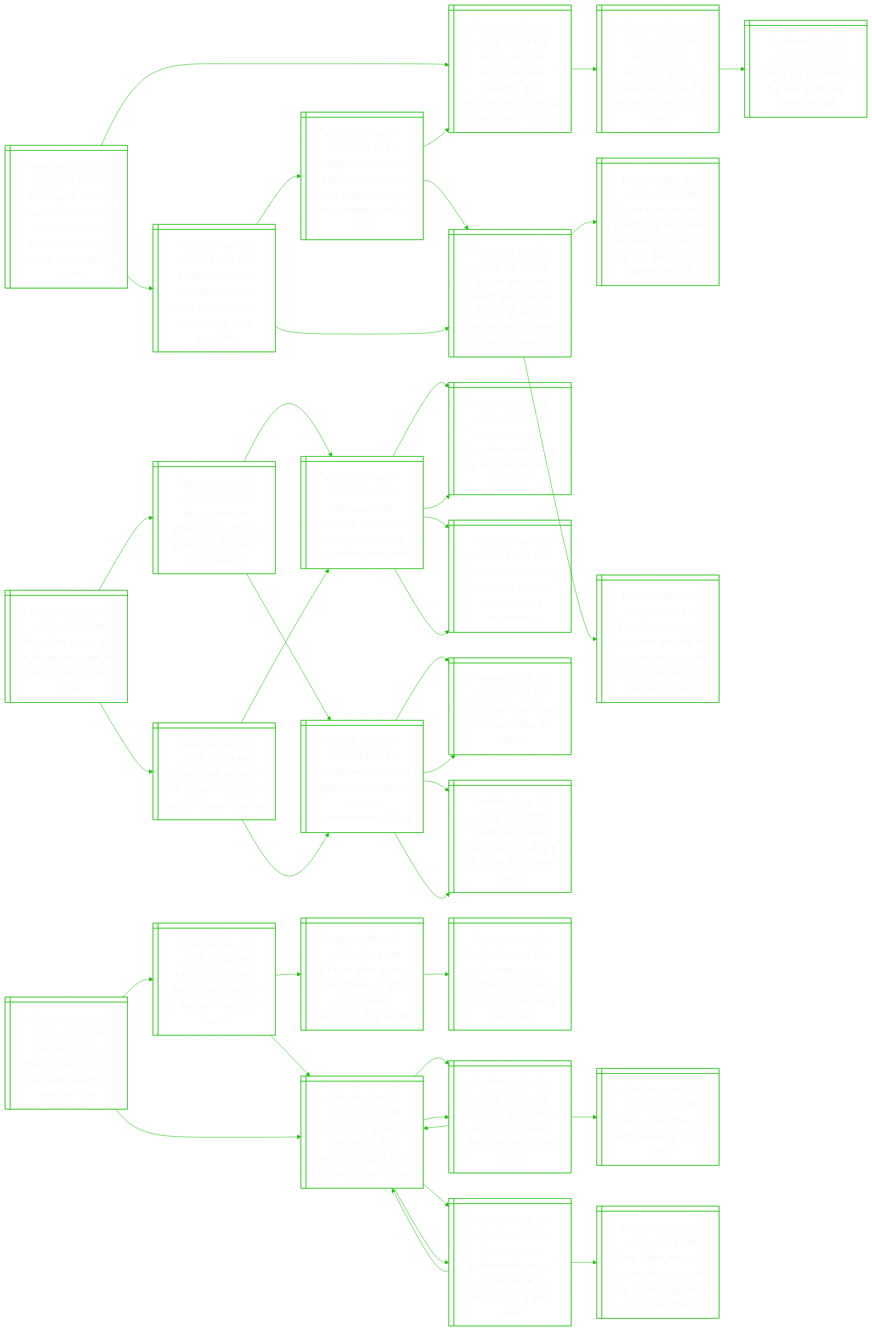
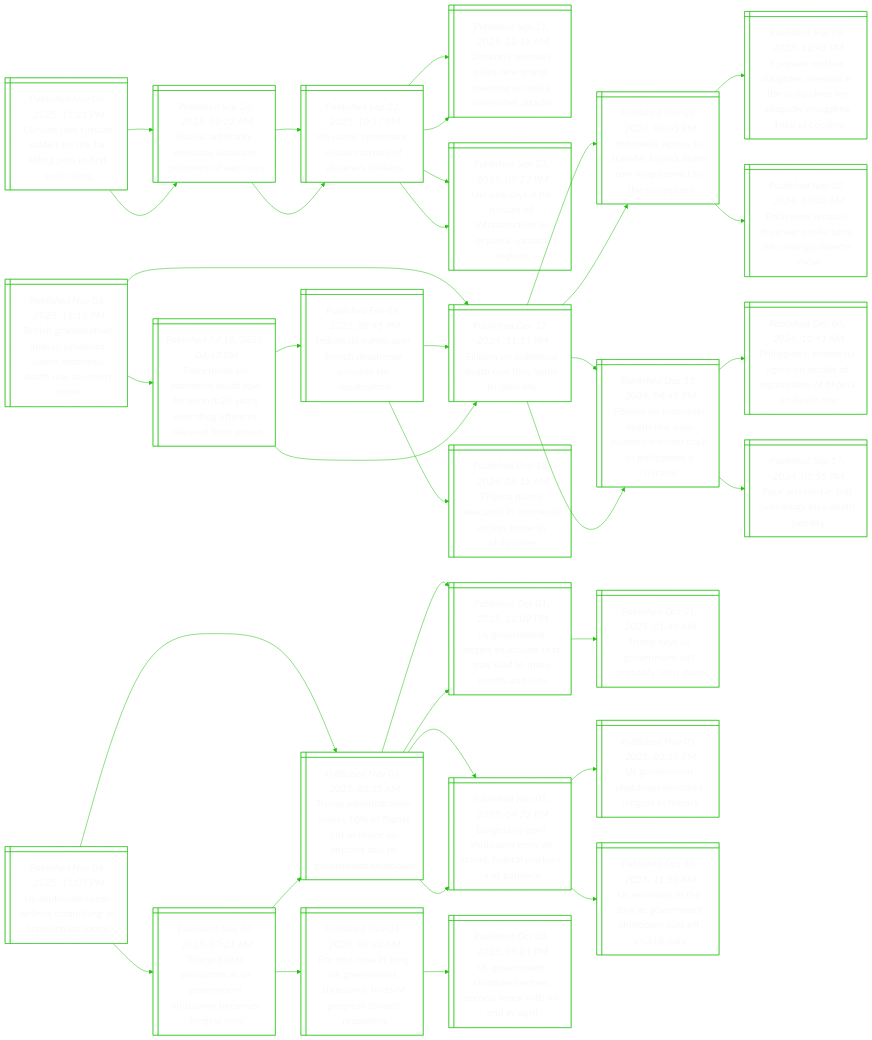
Before and after one commit to notJmes/notJmes: the diagram in README.md, drawn with Mermaid. The commit also changed other lines of this file, not shown here.

````diff
--- a/README.md
+++ b/README.md
@@ -16,127 +16,118 @@
 flowchart LR
 classDef txtsize font-size:20px;
 
-Reasnaameeeeeltli@{ shape: win-pane, label: "_Published Nov 06, 2025, 07:30 PM_
-Real negotiations, reconciliation and commitment are needed to resolve middle east conflict: vivian" }
-Tdrcaaededlncbs@{ shape: win-pane, label: "_Published Oct 14, 2025, 07:45 PM_
-Trump declares victory as gaza ceasefire deal reached, but a lasting peace may be elusive" }
-PflcoMeNelale@{ shape: win-pane, label: "_Published Oct 14, 2025, 12:05 AM_
-Peace finally descends on the middle east: now the battle to make it last begins" }
-TjIlmnest@{ shape: win-pane, label: "_Published Oct 13, 2025, 03:10 PM_
-Tears, joy in israel as hamas hands over first hostages" }
-Spnssaotgrpoaig@{ shape: win-pane, label: "_Published Nov 05, 2025, 06:00 PM_
-Singapore invites palestinian pm to visit, pledges more support for gaza rebuilding" }
-Sposrogeutnn@{ shape: win-pane, label: "_Published Nov 04, 2025, 10:44 PM_
-Singapore donates $652,000 to world food programme for humanitarian aid in gaza" }
-Tdrcaaededlncbs@{ shape: win-pane, label: "_Published Oct 14, 2025, 07:45 PM_
-Trump declares victory as gaza ceasefire deal reached, but a lasting peace may be elusive" }
-SRonetoflnveuuot@{ shape: win-pane, label: "_Published Sep 21, 2025, 08:00 PM_
-S’pore red cross hands over further $1.2m of aid for palestinian evacuees; to fund education unit" }
-SRonetoflnveuuot@{ shape: win-pane, label: "_Published Sep 21, 2025, 08:00 PM_
-S’pore red cross hands over further $1.2m of aid for palestinian evacuees; to fund education unit" }
-Stegsacidrrdrltpps@{ shape: win-pane, label: "_Published Sep 20, 2025, 07:50 PM_
-S’pore team helping palestinian evacuees includes first foreign doctors deployed to egypt hospitals" }
-mosSpatpRetdsaiia@{ shape: win-pane, label: "_Published Sep 02, 2025, 05:25 PM_
-$1 million raised in singapore handed to egyptian red crescent to aid palestinian families in gaza" }
+UnlsoririWrci@{ shape: win-pane, label: "_Published Nov 06, 2025, 11:21 PM_
+Ukraine jails russian soldier for life for killing pow in first such ruling" }
+RatlcUnrewC@{ shape: win-pane, label: "_Published Sep 26, 2025, 01:22 AM_
+Russia ‘arbitrarily’ executes ukrainian prisoners of war: osce" }
+Umtisoersl@{ shape: win-pane, label: "_Published Sep 23, 2025, 10:17 PM_
+Un slams ‘systematic’ russian torture of ukraine’s civilians" }
+Unlysregsniak@{ shape: win-pane, label: "_Published Sep 21, 2025, 12:18 AM_
+Ukraine’s zelensky plans new trump meeting as russia intensifies attacks" }
+Unstilaciaarn@{ shape: win-pane, label: "_Published Sep 23, 2025, 09:27 PM_
+Ukraine says it hit russian oil infrastructure in bryansk, samara regions" }
+RatlcUnrewC@{ shape: win-pane, label: "_Published Sep 26, 2025, 01:22 AM_
+Russia ‘arbitrarily’ executes ukrainian prisoners of war: osce" }
+Umtisoersl@{ shape: win-pane, label: "_Published Sep 23, 2025, 10:17 PM_
+Un slams ‘systematic’ russian torture of ukraine’s civilians" }
+Unlysregsniak@{ shape: win-pane, label: "_Published Sep 21, 2025, 12:18 AM_
+Ukraine’s zelensky plans new trump meeting as russia intensifies attacks" }
+Unstilaciaarn@{ shape: win-pane, label: "_Published Sep 23, 2025, 09:27 PM_
+Ukraine says it hit russian oil infrastructure in bryansk, samara regions" }
 
-Reasnaameeeeeltli:::txtsize --> Tdrcaaededlncbs:::txtsize
-Tdrcaaededlncbs:::txtsize --> PflcoMeNelale:::txtsize
-PflcoMeNelale:::txtsize --> TjIlmnest:::txtsize
-Reasnaameeeeeltli:::txtsize --> Spnssaotgrpoaig:::txtsize
-Spnssaotgrpoaig:::txtsize --> Sposrogeutnn:::txtsize
-Sposrogeutnn:::txtsize --> Tdrcaaededlncbs:::txtsize
-Sposrogeutnn:::txtsize --> SRonetoflnveuuot:::txtsize
-Spnssaotgrpoaig:::txtsize --> SRonetoflnveuuot:::txtsize
-SRonetoflnveuuot:::txtsize --> Stegsacidrrdrltpps:::txtsize
-SRonetoflnveuuot:::txtsize --> mosSpatpRetdsaiia:::txtsize
+UnlsoririWrci:::txtsize --> RatlcUnrewC:::txtsize
+RatlcUnrewC:::txtsize --> Umtisoersl:::txtsize
+Umtisoersl:::txtsize --> Unlysregsniak:::txtsize
+Umtisoersl:::txtsize --> Unstilaciaarn:::txtsize
+UnlsoririWrci:::txtsize --> RatlcUnrewC:::txtsize
+RatlcUnrewC:::txtsize --> Umtisoersl:::txtsize
+Umtisoersl:::txtsize --> Unlysregsniak:::txtsize
+Umtisoersl:::txtsize --> Unstilaciaarn:::txtsize
 
-HlahemioneaIl@{ shape: win-pane, label: "_Published Nov 06, 2025, 07:20 PM_
-Hezbollah says it has a ‘legitimate right’ to defend itself against israel" }
-IlstfakielsLo@{ shape: win-pane, label: "_Published Nov 02, 2025, 04:30 PM_
-Israel warns of intensifying attacks against hezbollah in south lebanon" }
-TafnemsHleikl@{ shape: win-pane, label: "_Published Nov 27, 2024, 02:56 AM_
-Thousands of lebanese head home as israel-hezbollah ceasefire takes hold" }
-IlocfheUktid@{ shape: win-pane, label: "_Published Nov 27, 2024, 05:28 AM_
-Israel-hezbollah ceasefire: what does the us-brokered truce include?" }
-PeLoseeaeao@{ shape: win-pane, label: "_Published Nov 26, 2024, 07:13 PM_
-Prospect of lebanon ceasefire leaves gazans feeling abandoned" }
-Hlutaarhbmrig@{ shape: win-pane, label: "_Published Sep 27, 2025, 11:20 PM_
-Hezbollah supporters gather at nasrallah's tomb to commemorate killing" }
-Hlhiiator@{ shape: win-pane, label: "_Published Sep 28, 2024, 04:42 PM_
-Hezbollah chief killed in israeli strike on beirut" }
-Hlalhrtneces@{ shape: win-pane, label: "_Published Sep 18, 2024, 10:32 PM_
-Hezbollah says it launched first attack on israel since pager blasts" }
-Ilsndmoucfe@{ shape: win-pane, label: "_Published Nov 02, 2025, 04:31 PM_
-Israel urges lebanon to disarm hezbollah under ceasefire terms" }
-TafnemsHleikl@{ shape: win-pane, label: "_Published Nov 27, 2024, 02:56 AM_
-Thousands of lebanese head home as israel-hezbollah ceasefire takes hold" }
-IlocfheUktid@{ shape: win-pane, label: "_Published Nov 27, 2024, 05:28 AM_
-Israel-hezbollah ceasefire: what does the us-brokered truce include?" }
-PeLoseeaeao@{ shape: win-pane, label: "_Published Nov 26, 2024, 07:13 PM_
-Prospect of lebanon ceasefire leaves gazans feeling abandoned" }
-Hlutaarhbmrig@{ shape: win-pane, label: "_Published Sep 27, 2025, 11:20 PM_
-Hezbollah supporters gather at nasrallah's tomb to commemorate killing" }
-Hlhiiator@{ shape: win-pane, label: "_Published Sep 28, 2024, 04:42 PM_
-Hezbollah chief killed in israeli strike on beirut" }
-Hlalhrtneces@{ shape: win-pane, label: "_Published Sep 18, 2024, 10:32 PM_
-Hezbollah says it launched first attack on israel since pager blasts" }
+BsnhnSfeIeeoeh@{ shape: win-pane, label: "_Published Nov 06, 2025, 11:15 PM_
+British grandmother lindsay sandiford leaves indonesia death row to return home" }
+FiIeeoeew@{ shape: win-pane, label: "_Published Dec 17, 2024, 11:51 PM_
+Filipina on indonesia death row flies home to ‘new life’" }
+IegtnFiawcchln@{ shape: win-pane, label: "_Published Nov 20, 2024, 08:05 PM_
+Indonesia agrees to transfer filipina death row drug convict to the philippines" }
+Sahursnhpfllggcn@{ shape: win-pane, label: "_Published Sep 28, 2023, 12:42 PM_
+S’porean mother, daughter arrested in the philippines for allegedly smuggling 14kg of cocaine" }
+PpSegrundDtw@{ shape: win-pane, label: "_Published Nov 02, 2024, 10:00 AM_
+Philippine senate’s drug war probe turns into rodrigo duterte show" }
+FiIeeosnartlnie@{ shape: win-pane, label: "_Published Dec 13, 2024, 04:49 PM_
+Filipina on indonesia death row says planned transfer back to philippines a ‘miracle’" }
+PpsnaoaftiFidr@{ shape: win-pane, label: "_Published Dec 06, 2024, 10:41 AM_
+Philippines, indonesia agree on details of repatriation of filipina on death row" }
+Freaegehl@{ shape: win-pane, label: "_Published Sep 17, 2024, 05:55 PM_
+Four arrested in bali over drugs face death penalty" }
+Fhnndrrsrrocldpn@{ shape: win-pane, label: "_Published Jul 18, 2025, 06:47 PM_
+Frenchman on indonesia death row for almost 20 years over drug offences released from prison" }
+Ieaveeosfpa@{ shape: win-pane, label: "_Published Feb 04, 2025, 08:45 PM_
+Indonesia hands over french death row prisoner for repatriation" }
+FiIeeoeew@{ shape: win-pane, label: "_Published Dec 17, 2024, 11:51 PM_
+Filipina on indonesia death row flies home to ‘new life’" }
+Fiaxensrhnie@{ shape: win-pane, label: "_Published Dec 18, 2024, 08:15 AM_
+Filipina nearly executed in indonesia arrives home in philippines" }
+FiIeeoeew@{ shape: win-pane, label: "_Published Dec 17, 2024, 11:51 PM_
+Filipina on indonesia death row flies home to ‘new life’" }
+IegtnFiawcchln@{ shape: win-pane, label: "_Published Nov 20, 2024, 08:05 PM_
+Indonesia agrees to transfer filipina death row drug convict to the philippines" }
+FiIeeosnartlnie@{ shape: win-pane, label: "_Published Dec 13, 2024, 04:49 PM_
+Filipina on indonesia death row says planned transfer back to philippines a ‘miracle’" }
 
-HlahemioneaIl:::txtsize --> IlstfakielsLo:::txtsize
-IlstfakielsLo:::txtsize --> TafnemsHleikl:::txtsize
-TafnemsHleikl:::txtsize --> IlocfheUktid:::txtsize
-TafnemsHleikl:::txtsize --> PeLoseeaeao:::txtsize
-IlstfakielsLo:::txtsize --> Hlutaarhbmrig:::txtsize
-Hlutaarhbmrig:::txtsize --> Hlhiiator:::txtsize
-Hlutaarhbmrig:::txtsize --> Hlalhrtneces:::txtsize
-HlahemioneaIl:::txtsize --> Ilsndmoucfe:::txtsize
-Ilsndmoucfe:::txtsize --> TafnemsHleikl:::txtsize
-TafnemsHleikl:::txtsize --> IlocfheUktid:::txtsize
-TafnemsHleikl:::txtsize --> PeLoseeaeao:::txtsize
-Ilsndmoucfe:::txtsize --> Hlutaarhbmrig:::txtsize
-Hlutaarhbmrig:::txtsize --> Hlhiiator:::txtsize
-Hlutaarhbmrig:::txtsize --> Hlalhrtneces:::txtsize
+BsnhnSfeIeeoeh:::txtsize --> FiIeeoeew:::txtsize
+FiIeeoeew:::txtsize --> IegtnFiawcchln:::txtsize
+IegtnFiawcchln:::txtsize --> Sahursnhpfllggcn:::txtsize
+IegtnFiawcchln:::txtsize --> PpSegrundDtw:::txtsize
+FiIeeoeew:::txtsize --> FiIeeosnartlnie:::txtsize
+FiIeeosnartlnie:::txtsize --> PpsnaoaftiFidr:::txtsize
+FiIeeosnartlnie:::txtsize --> Freaegehl:::txtsize
+BsnhnSfeIeeoeh:::txtsize --> Fhnndrrsrrocldpn:::txtsize
+Fhnndrrsrrocldpn:::txtsize --> Ieaveeosfpa:::txtsize
+Ieaveeosfpa:::txtsize --> FiIeeoeew:::txtsize
+Ieaveeosfpa:::txtsize --> Fiaxensrhnie:::txtsize
+Fhnndrrsrrocldpn:::txtsize --> FiIeeoeew:::txtsize
+FiIeeoeew:::txtsize --> IegtnFiawcchln:::txtsize
+FiIeeoeew:::txtsize --> FiIeeosnartlnie:::txtsize
 
-Wrntreofcamty@{ shape: win-pane, label: "_Published Nov 06, 2025, 07:00 PM_
-Western france attacker suspected of ‘self-radicalisation’, minister says" }
-Mmiercswrnj@{ shape: win-pane, label: "_Published Nov 05, 2025, 07:40 PM_
-Man rams car into pedestrians, cyclists in western france, 10 injured" }
-hfrhrctwivotr@{ shape: win-pane, label: "_Published May 27, 2025, 02:18 AM_
-47 hurt after british man drives car into crowd during liverpool’s title parade" }
-Gnsbutslanai@{ shape: win-pane, label: "_Published May 24, 2025, 09:15 PM_
-Germany mass stabbing suspect has ‘psychological illness’, say police" }
-AslVufeegtisti@{ shape: win-pane, label: "_Published Apr 27, 2025, 02:00 PM_
-At least 11 killed in vancouver after vehicle ploughs into filipino street festival" }
-LaastagtVut@{ shape: win-pane, label: "_Published Apr 28, 2025, 02:06 AM_
-Last day of canada’s election campaign jolted by vancouver attack" }
-FigeanicrkysL@{ shape: win-pane, label: "_Published Apr 27, 2025, 06:57 PM_
-Filipino legend celebrated in tragic vancouver block party: who is lapu-lapu?" }
-AslVufeegtisti@{ shape: win-pane, label: "_Published Apr 27, 2025, 02:00 PM_
-At least 11 killed in vancouver after vehicle ploughs into filipino street festival" }
-LaastagtVut@{ shape: win-pane, label: "_Published Apr 28, 2025, 02:06 AM_
-Last day of canada’s election campaign jolted by vancouver attack" }
-AslVufeegtisti@{ shape: win-pane, label: "_Published Apr 27, 2025, 02:00 PM_
-At least 11 killed in vancouver after vehicle ploughs into filipino street festival" }
-Wuenaaa@{ shape: win-pane, label: "_Published Jan 08, 2025, 05:00 AM_
-Why would the us want canada as a 51st state?" }
-FigeanicrkysL@{ shape: win-pane, label: "_Published Apr 27, 2025, 06:57 PM_
-Filipino legend celebrated in tragic vancouver block party: who is lapu-lapu?" }
-AslVufeegtisti@{ shape: win-pane, label: "_Published Apr 27, 2025, 02:00 PM_
-At least 11 killed in vancouver after vehicle ploughs into filipino street festival" }
-Tlelrtrirnaynm@{ shape: win-pane, label: "_Published Mar 03, 2025, 08:55 PM_
-Two killed, several injured after car rams into crowd in german city of mannheim" }
+Utsanritlss@{ shape: win-pane, label: "_Published Nov 06, 2025, 11:05 PM_
+Us shutdown sends airlines scrambling as travel chaos looms" }
+TaitroguaSouomhw@{ shape: win-pane, label: "_Published Nov 06, 2025, 06:35 AM_
+Trump administration orders 10% of flights cut at major us airports due to government shutdown" }
+Ueniunmaayat@{ shape: win-pane, label: "_Published Oct 01, 2025, 12:02 PM_
+Us government begins shutdown that may lead to mass layoffs and cuts" }
+TsSrtpbun@{ shape: win-pane, label: "_Published Oct 01, 2025, 01:49 AM_
+Trump says us government will ‘probably’ shut down" }
+Lsounsrfakni@{ shape: win-pane, label: "_Published Nov 05, 2025, 04:22 PM_
+Longest us govt shutdown tests air travel, federal workers and patience" }
+Uentbegno@{ shape: win-pane, label: "_Published Nov 05, 2025, 02:27 PM_
+Us government shutdown becomes longest in history" }
+Unnagnsotcaa@{ shape: win-pane, label: "_Published Oct 30, 2025, 11:50 AM_
+Us economy in the dark as government shutdown cuts off crucial data" }
+Tbscaomhwoot@{ shape: win-pane, label: "_Published Nov 06, 2025, 07:21 AM_
+Trump blasts democrats as us government shutdown becomes longest ever" }
+TaitroguaSouomhw@{ shape: win-pane, label: "_Published Nov 06, 2025, 06:35 AM_
+Trump administration orders 10% of flights cut at major us airports due to government shutdown" }
+Ueniunmaayat@{ shape: win-pane, label: "_Published Oct 01, 2025, 12:02 PM_
+Us government begins shutdown that may lead to mass layoffs and cuts" }
+Lsounsrfakni@{ shape: win-pane, label: "_Published Nov 05, 2025, 04:22 PM_
+Longest us govt shutdown tests air travel, federal workers and patience" }
+Frmognsonpewei@{ shape: win-pane, label: "_Published Nov 04, 2025, 08:32 AM_
+For first time in long us government shutdown, hints of progress toward reopening" }
+Uentesnknih@{ shape: win-pane, label: "_Published Oct 06, 2025, 09:01 PM_
+Us government shutdown enters second week with no end in sight" }
 
-Wrntreofcamty:::txtsize --> Mmiercswrnj:::txtsize
-Mmiercswrnj:::txtsize --> hfrhrctwivotr:::txtsize
-hfrhrctwivotr:::txtsize --> Gnsbutslanai:::txtsize
-Mmiercswrnj:::txtsize --> AslVufeegtisti:::txtsize
-AslVufeegtisti:::txtsize --> LaastagtVut:::txtsize
-AslVufeegtisti:::txtsize --> FigeanicrkysL:::txtsize
-Wrntreofcamty:::txtsize --> AslVufeegtisti:::txtsize
-AslVufeegtisti:::txtsize --> LaastagtVut:::txtsize
-LaastagtVut:::txtsize --> AslVufeegtisti:::txtsize
-LaastagtVut:::txtsize --> Wuenaaa:::txtsize
-AslVufeegtisti:::txtsize --> FigeanicrkysL:::txtsize
-FigeanicrkysL:::txtsize --> AslVufeegtisti:::txtsize
-FigeanicrkysL:::txtsize --> Tlelrtrirnaynm:::txtsize
+Utsanritlss:::txtsize --> TaitroguaSouomhw:::txtsize
+TaitroguaSouomhw:::txtsize --> Ueniunmaayat:::txtsize
+Ueniunmaayat:::txtsize --> TsSrtpbun:::txtsize
+TaitroguaSouomhw:::txtsize --> Lsounsrfakni:::txtsize
+Lsounsrfakni:::txtsize --> Uentbegno:::txtsize
+Lsounsrfakni:::txtsize --> Unnagnsotcaa:::txtsize
+Utsanritlss:::txtsize --> Tbscaomhwoot:::txtsize
+Tbscaomhwoot:::txtsize --> TaitroguaSouomhw:::txtsize
+TaitroguaSouomhw:::txtsize --> Ueniunmaayat:::txtsize
+TaitroguaSouomhw:::txtsize --> Lsounsrfakni:::txtsize
+Tbscaomhwoot:::txtsize --> Frmognsonpewei:::txtsize
+Frmognsonpewei:::txtsize --> Uentesnknih:::txtsize
 
 ```
````
